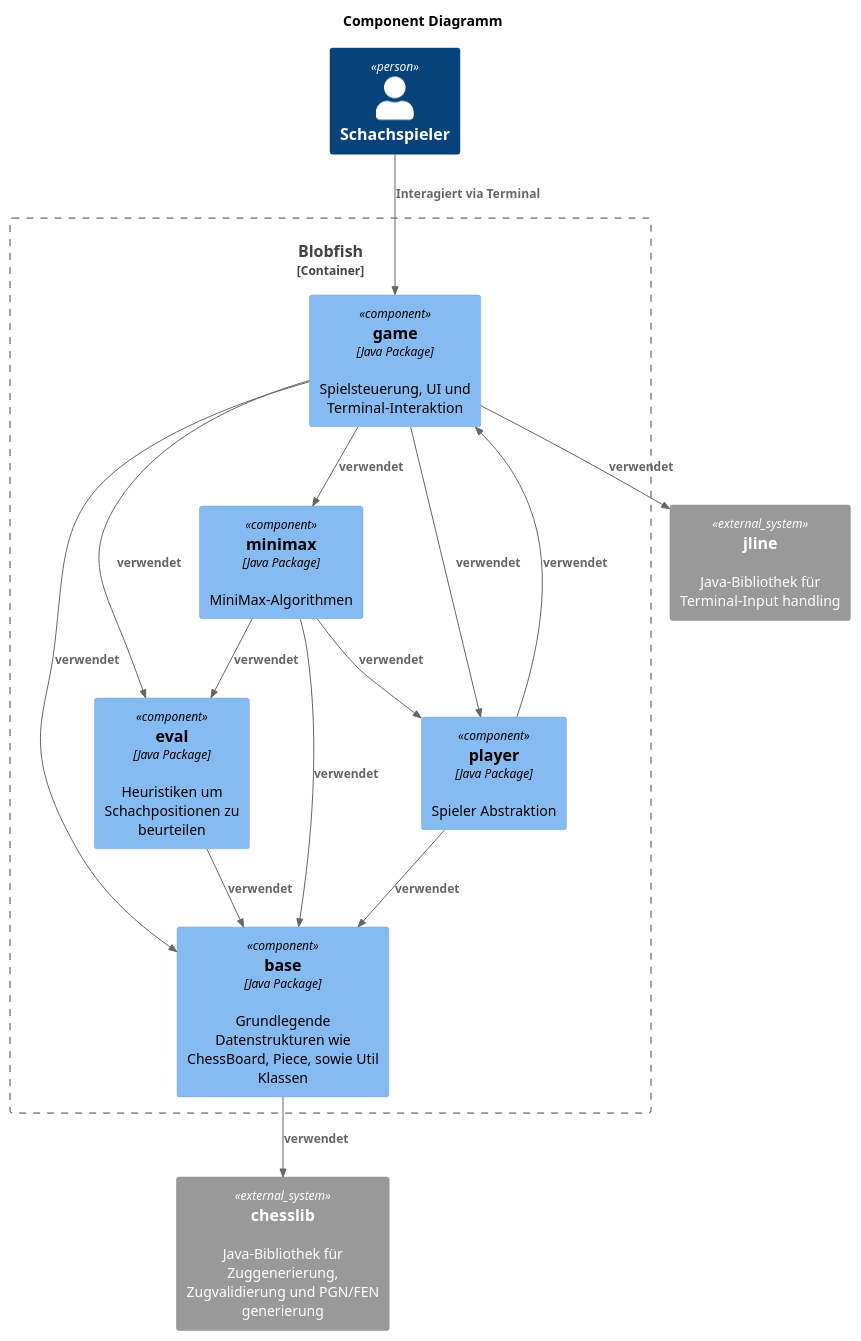
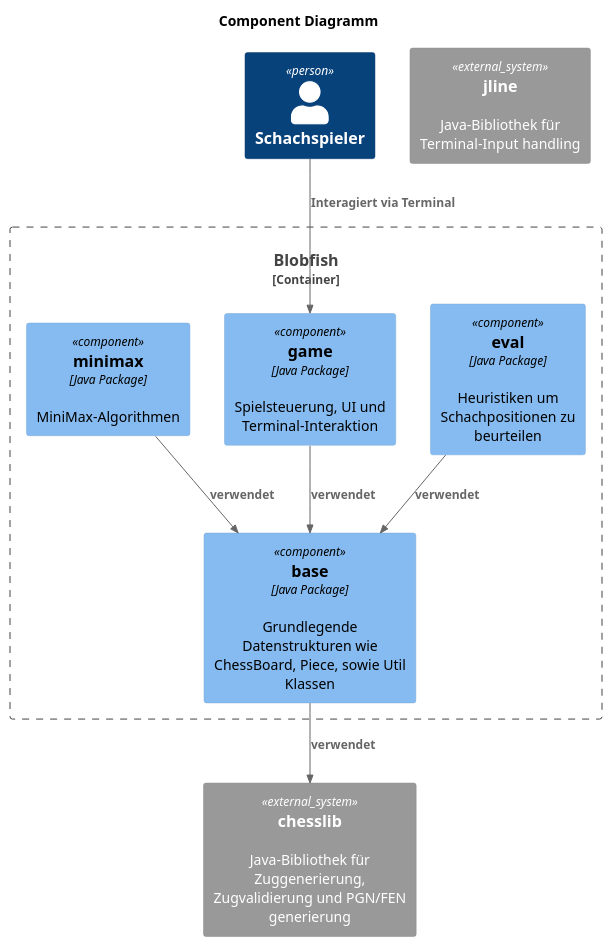
Before and after one commit to l2c0r3/blobfish: the diagram in docs/plantuml/c4/c4-component.puml, drawn with PlantUML.

```diff
--- a/docs/plantuml/c4/c4-component.puml
+++ b/docs/plantuml/c4/c4-component.puml
@@ -1,39 +1,29 @@
 @startuml
 !include <C4/C4_Component>
 
 title Component Diagramm
 
-Person(human, "Schachspieler")
+Person(player, "Schachspieler")
 
 Container_Boundary(cli, "Blobfish") {
     Component(base, "base", "Java Package", "Grundlegende Datenstrukturen wie ChessBoard, Piece, sowie Util Klassen")
     Component(eval, "eval", "Java Package", "Heuristiken um Schachpositionen zu beurteilen")
     Component(game, "game", "Java Package", "Spielsteuerung, UI und Terminal-Interaktion")
     Component(minimax, "minimax", "Java Package", "MiniMax-Algorithmen")
-    Component(player, "player", "Java Package", "Spieler Abstraktion")
 }
 
 System_Ext(chesslib, "chesslib", "Java-Bibliothek für Zuggenerierung, Zugvalidierung und PGN/FEN generierung")
 System_Ext(jline, "jline", "Java-Bibliothek für Terminal-Input handling")
 
 Rel(base, chesslib, "verwendet")
 
 Rel(eval, base, "verwendet")
 
 Rel(game, base, "verwendet")
-Rel(game, eval, "verwendet")
-Rel(game, player, "verwendet")
-Rel(game, minimax, "verwendet")
-Rel(game, jline, "verwendet")
 
 Rel(minimax, base, "verwendet")
-Rel(minimax, eval, "verwendet")
-Rel(minimax, player, "verwendet")
 
-Rel(player, base, "verwendet")
-Rel(player, game, "verwendet")
-
-Rel(human, game, "Interagiert via Terminal")
+Rel(player, game, "Interagiert via Terminal")
 
 
 @enduml
```
